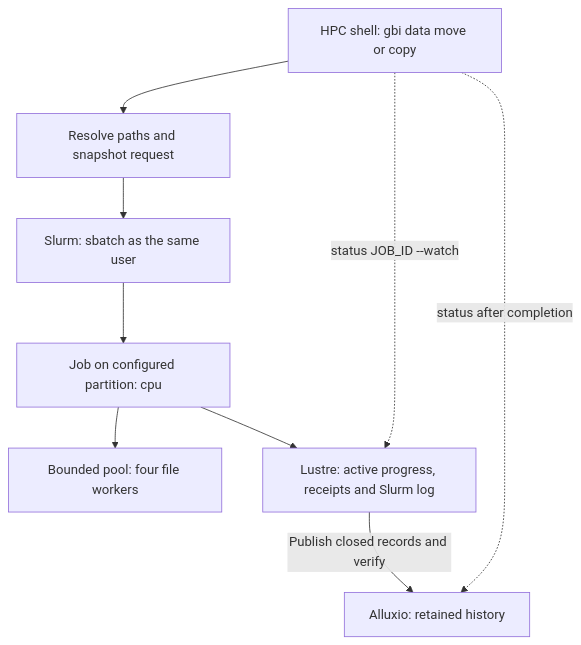
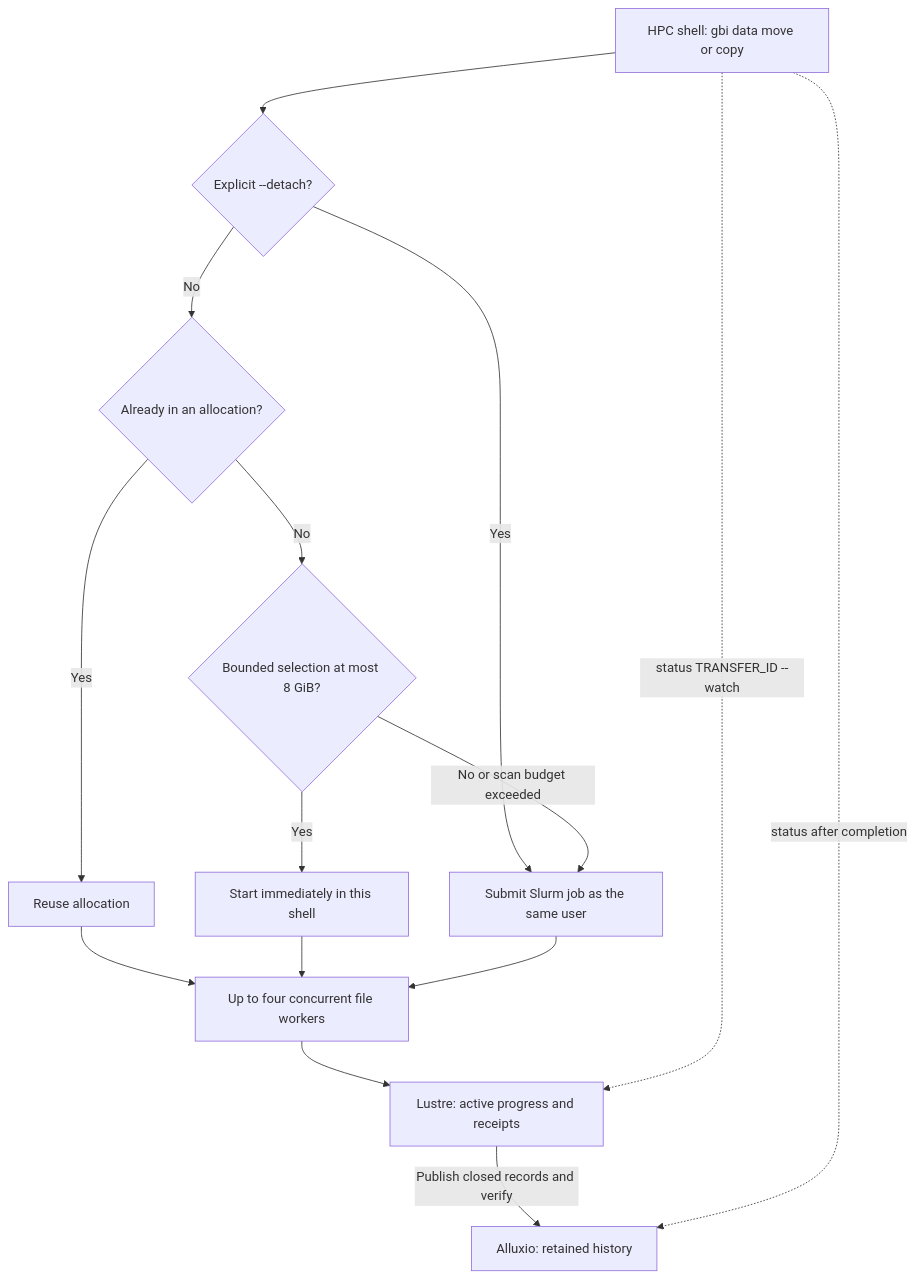
The first of 3 diagrams in gbi/ARCHITECTURE.md (EIT-GBI/GBI-Compute-Software-Modules), drawn with Mermaid before and after one commit. The commit also changed other lines of this file and 13 other files, not shown here.

Commit message:
Run everyday data transfers immediately and reserve Slurm for bulk work

````diff
--- a/gbi/ARCHITECTURE.md
+++ b/gbi/ARCHITECTURE.md
@@ -31,11 +31,17 @@
 ```mermaid
 flowchart TB
-    U["HPC shell: gbi data move or copy"] --> C["Resolve paths and snapshot request"]
-    C --> S["Slurm: sbatch as the same user"]
-    S --> J["Job on configured partition: cpu"]
-    J --> W["Bounded pool: four file workers"]
-    J --> L["Lustre: active progress, receipts and Slurm log"]
-    U -. "status JOB_ID --watch" .-> L
-    L -->|"Publish closed records and verify"| A["Alluxio: retained history"]
-    U -. "status after completion" .-> A
+    U["HPC shell: gbi data move or copy"] --> D{"Explicit --detach?"}
+    D -->|Yes| S["Submit Slurm job as the same user"]
+    D -->|No| A{"Already in an allocation?"}
+    A -->|Yes| E["Reuse allocation"]
+    A -->|No| P{"Bounded selection at most 8 GiB?"}
+    P -->|Yes| F["Start immediately in this shell"]
+    P -->|No or scan budget exceeded| S
+    E --> W["Up to four concurrent file workers"]
+    F --> W
+    S --> W
+    W --> L["Lustre: active progress and receipts"]
+    L -->|Publish closed records and verify| H["Alluxio: retained history"]
+    U -. "status TRANSFER_ID --watch" .-> L
+    U -. "status after completion" .-> H
 ```
````
